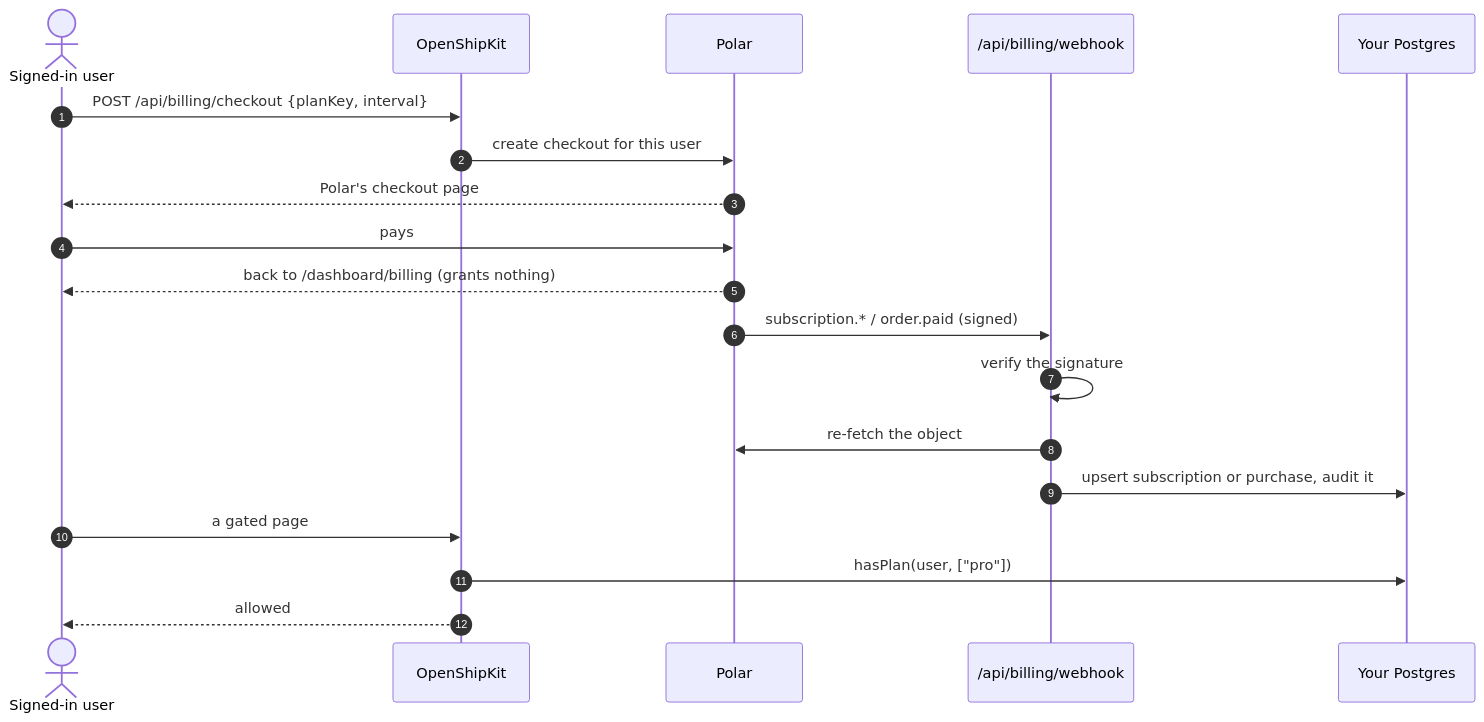
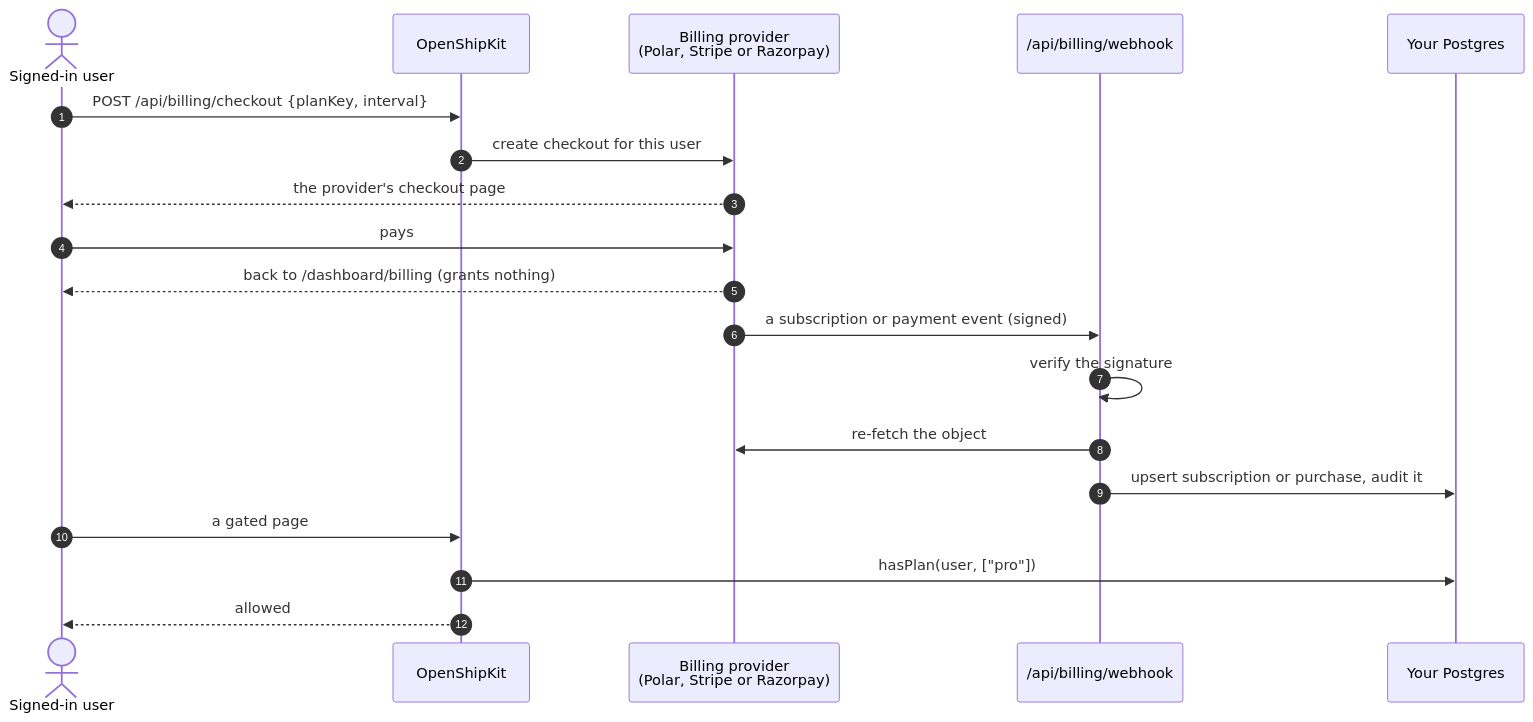
One commit to DrisH31/OpenShipKit changed the fourth of 9 diagrams in README.md. Above: the diagram before and after it, drawn with Mermaid. The commit also changed other lines of this file and 1 other file, not shown here.

````diff
--- a/README.md
+++ b/README.md
@@ -175,21 +185,21 @@
 ```mermaid
 sequenceDiagram
     autonumber
     actor U as Signed-in user
     participant A as OpenShipKit
-    participant P as Polar
+    participant P as Billing provider<br/>(Polar, Stripe or Razorpay)
     participant W as /api/billing/webhook
     participant D as Your Postgres
     U->>A: POST /api/billing/checkout {planKey, interval}
     A->>P: create checkout for this user
-    P-->>U: Polar's checkout page
+    P-->>U: the provider's checkout page
     U->>P: pays
     P-->>U: back to /dashboard/billing (grants nothing)
-    P->>W: subscription.* / order.paid (signed)
+    P->>W: a subscription or payment event (signed)
     W->>W: verify the signature
     W->>P: re-fetch the object
     W->>D: upsert subscription or purchase, audit it
     U->>A: a gated page
     A->>D: hasPlan(user, ["pro"])
     A-->>U: allowed
 ```
````
